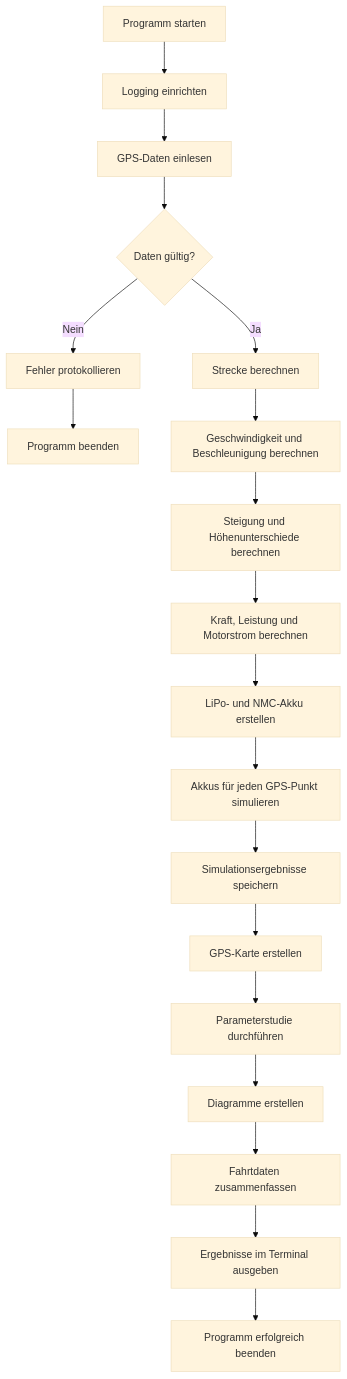
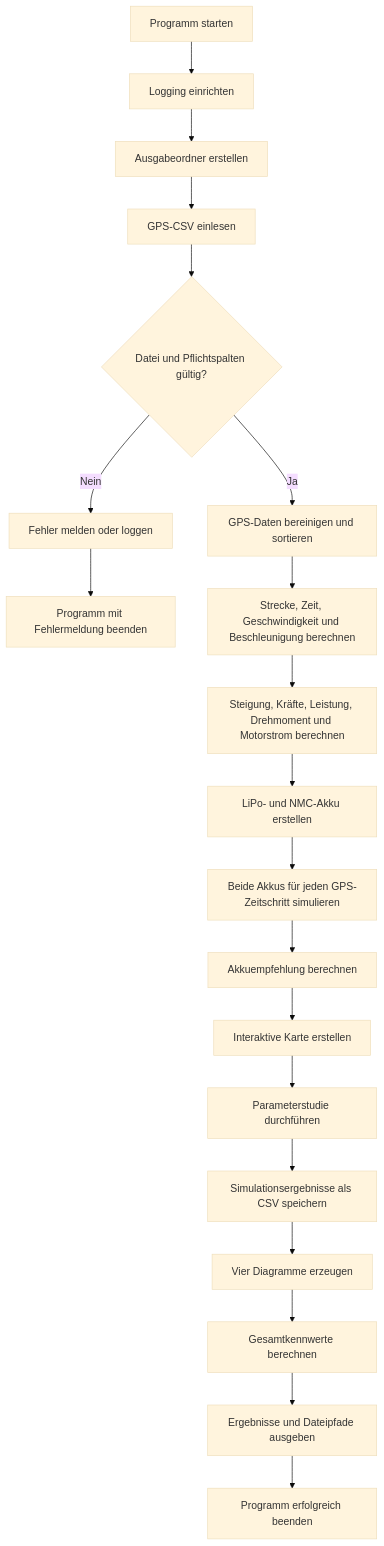
Before and after one commit to bruggerlukas/Abschlussprojekt-Brugger-Tiefenthaler: the first of 2 diagrams in README.md, drawn with Mermaid (base theme). The commit also changed other lines of this file, not shown here.

````diff
--- a/README.md
+++ b/README.md
@@ -228,23 +380,22 @@
 ```mermaid
 flowchart TD
     A[Programm starten] --> B[Logging einrichten]
-    B --> C[GPS-Daten einlesen]
-    C --> D{Daten gültig?}
-
-    D -- Nein --> E[Fehler protokollieren]
-    E --> F[Programm beenden]
-
-    D -- Ja --> G[Strecke berechnen]
-    G --> H[Geschwindigkeit und Beschleunigung berechnen]
-    H --> I[Steigung und Höhenunterschiede berechnen]
-    I --> J[Kraft, Leistung und Motorstrom berechnen]
+    B --> C[Ausgabeordner erstellen]
+    C --> D[GPS-CSV einlesen]
+    D --> E{Datei und Pflichtspalten gültig?}
+    E -- Nein --> F[Fehler melden oder loggen]
+    F --> G[Programm mit Fehlermeldung beenden]
+    E -- Ja --> H[GPS-Daten bereinigen und sortieren]
+    H --> I[Strecke, Zeit, Geschwindigkeit und Beschleunigung berechnen]
+    I --> J[Steigung, Kräfte, Leistung, Drehmoment und Motorstrom berechnen]
     J --> K[LiPo- und NMC-Akku erstellen]
-    K --> L[Akkus für jeden GPS-Punkt simulieren]
-    L --> M[Simulationsergebnisse speichern]
-    M --> N[GPS-Karte erstellen]
+    K --> L[Beide Akkus für jeden GPS-Zeitschritt simulieren]
+    L --> M[Akkuempfehlung berechnen]
+    M --> N[Interaktive Karte erstellen]
     N --> O[Parameterstudie durchführen]
-    O --> P[Diagramme erstellen]
-    P --> Q[Fahrtdaten zusammenfassen]
-    Q --> R[Ergebnisse im Terminal ausgeben]
-    R --> S[Programm erfolgreich beenden]
+    O --> P[Simulationsergebnisse als CSV speichern]
+    P --> Q[Vier Diagramme erzeugen]
+    Q --> R[Gesamtkennwerte berechnen]
+    R --> S[Ergebnisse und Dateipfade ausgeben]
+    S --> T[Programm erfolgreich beenden]
 ```
````
